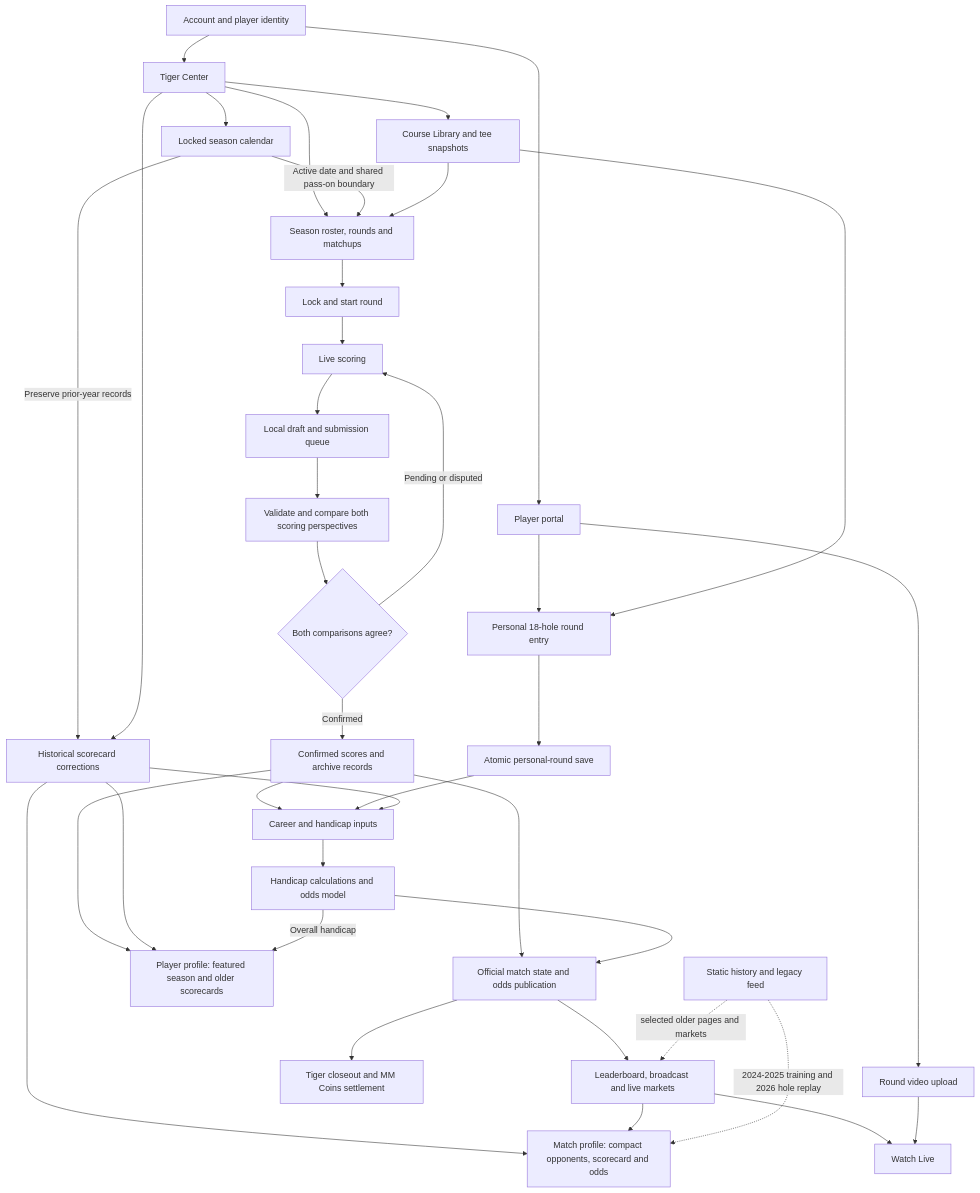
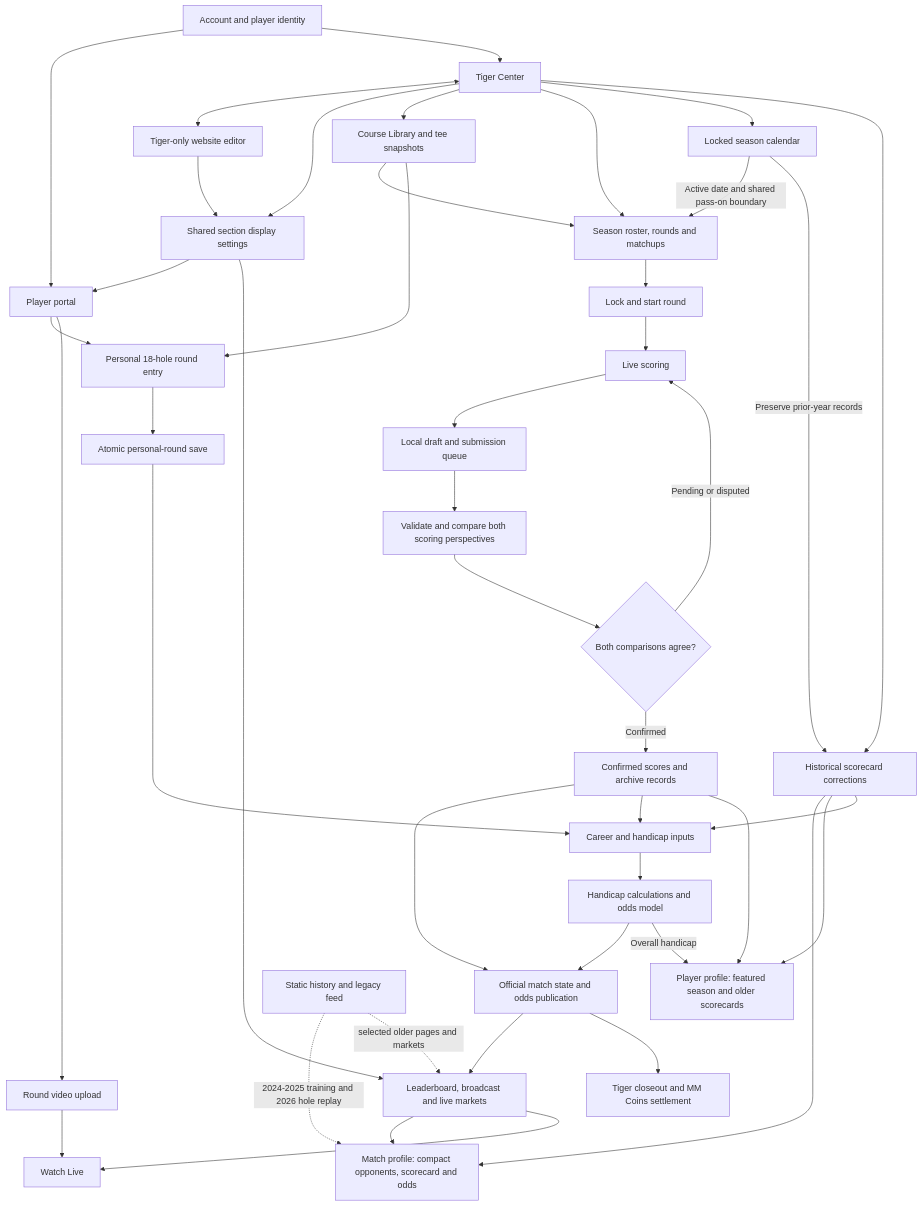
The diagram in docs/app-workflow.md (cadebarone00/MM-Website), drawn with Mermaid before and after one commit. The commit also changed other lines of this file and 25 other files, not shown here.

````diff
--- a/docs/app-workflow.md
+++ b/docs/app-workflow.md
@@ -9,73 +9,78 @@
 ```mermaid
 flowchart TD
   %% Page and major section titles share the official Spectral Bold Maroon Masters title font.
   %% Home-screen bookmarks use centered gold-outline Spectral italic MM over a diagonal split: dark maroon top-left and white bottom-right; Apple icon metadata and Android manifest supply PNG assets.
   %% Optional password-status migration derives player_slots.password_created from the linked Auth password credential; deployment pending.
   %% Verified password setup displays the account username and authentication email above the password field.
   %% Invite URL fragments are exchanged for session cookies before password entry; recovery codes use the server callback. Invalid links offer a fresh reset.
   %% Course photo imports support nested photo folders and replacement/removal of Main labels; Palmer and Pete Dye assets are imported.
   %% Accordion date/session labels are explicitly positioned below the top overlay and remain horizontal in every panel.
   %% Schedule landing and accordion are fixed edge-to-edge viewports; Photo Library shows non-main imported images for the active course.
   %% Schedule landing at /schedule uses the supplied Mission Hills photo and four January 6-9 links into an eight-session photo accordion with all eight desktop strips visible and the active panel at 50% width. The 2026 data source stays live until its calendar pass-on.
   %% Season timing overview match boxes show both sides' player names, armed/live/archive badges, and hover/tap workflow timing from live Tiger-created match boxes or checked-in historical matchup data.
   %% Session course setup keeps one base rating/slope tee and stores per-hole played tee names/yardages for live scoring display.
   A[Account and player identity] --> P[Player portal]
   A --> T[Tiger Center]
+  T <--> WE[Tiger-only website editor]
+  WE --> WS[Shared section display settings]
+  T --> WS
+  WS --> P
+  WS --> B
   T --> C[Course Library and tee snapshots]
   T --> S[Season roster, rounds and matchups]
   T --> Y[Locked season calendar]
   Y -- Active date and shared pass-on boundary --> S
   Y -- Preserve prior-year records --> X
   %% Session count has its own persisted lock; locked selected counts are green and require unlocking before changes.
   C --> S
   %% Sessions may lock partially; chosen locked fields publish to schedule, while destination indicators explain separate matchup, time and broadcast gates.
   S --> R[Lock and start round]
   R --> L[Live scoring]
   %% Scoring screen imports browser-safe matchup labels; Supabase session loading remains on the server.
   L --> D[Local draft and submission queue]
   D --> V[Validate and compare both scoring perspectives]
   V --> Q{Both comparisons agree?}
   Q -- Pending or disputed --> L
   Q -- Confirmed --> H[Confirmed scores and archive records]
   H --> O[Official match state and odds publication]
   H --> K[Career and handicap inputs]
   H --> PP[Player profile: featured season and older scorecards]
   X --> MP
   X --> PP
   %% Fourball scorecards separate best-ball/status/best-ball into a gold-outlined middle block; mobile player rows retain team colors.
   %% Mobile scorecard is edge-to-edge with 44px rows and a narrower total; player panels use team colors and status replaces tee time after play starts.
   %% Player links preserve the source match for Back navigation; slider endpoint thumbs remain fully visible and graph footer copy is visually hidden.
   %% Match Odds card remains before, during and after play; scheduled matches show a probability ring, live/final matches show the existing hole graph.
   %% Probability graphs label completed-hole slider positions, with gold ticks over the numbers, decided results carried through hole 18, and Final scorecard cells in the winning team color.
   %% Desktop match pages fit all 20 columns and align the odds graph; mobile uses fixed-side nine-hole swipe pages and a full-width 18-hole graph.
   O --> B[Leaderboard, broadcast and live markets]
   %% Desktop leaderboard match lists are centered at 40vw with taller rows; ticker width and mobile layout are unchanged.
   B --> MP[Match profile: compact opponents, scorecard and odds]
   %% Match Back links return to the match day; leaderboard day selection lives in the URL for browser Back and reloads.
   Z -. 2024-2025 training and 2026 hole replay .-> MP
   O --> F[Tiger closeout and MM Coins settlement]
   %% My Handicap score list shows only the order dropdown followed by scores; explanatory paragraphs are removed.
   %% White-team portal navigation area has a maroon backdrop behind Submit a score and the four navigation rows.
   %% Portal Profile, Career, Round video and Wagers rows use their named supplied photos with white labels, individual gold outlines, and spacing between selections.
   %% Portal hero links stacked 2026/Skins and a large total to the authenticated Skins/Payout page: expandable winning holes with nested opponent scores and separate $200 individual-round pots; 2027 is not connected.
   %% Portal hero contains evenly spaced white serif My Handicap and Player Lookup links near its bottom.
   %% Portal: overall handicap number opens My Handicap; separate Submit a score pill opens the handicap screen.
   %% Player Lookup starts with its selector below navigation; the header back arrow always returns to /portal.
   %% Player Lookup is an authenticated read-only player directory with handicap history and profile-stat comparisons.
   P --> N[Personal 18-hole round entry]
   C --> N
   N --> E[Atomic personal-round save]
   E --> K
   T --> X[Historical scorecard corrections]
   X --> K
   K --> M[Handicap calculations and odds model]
   M --> O
   M -- Overall handicap --> PP
   %% Broadcast ticker: taller, content-sized top five; hidden while the individual leaderboard is visible.
   B --> W[Watch Live]
   P --> U[Round video upload]
   %% Home hype video plays directly from the public website-media R2 object; no tracked MP4.
   U --> W
   %% Audit 2026-09-21: historical scorecard round IDs and setup round IDs are misaligned; repair pending.
   Z[Static history and legacy feed] -. selected older pages and markets .-> B
 ```
````
